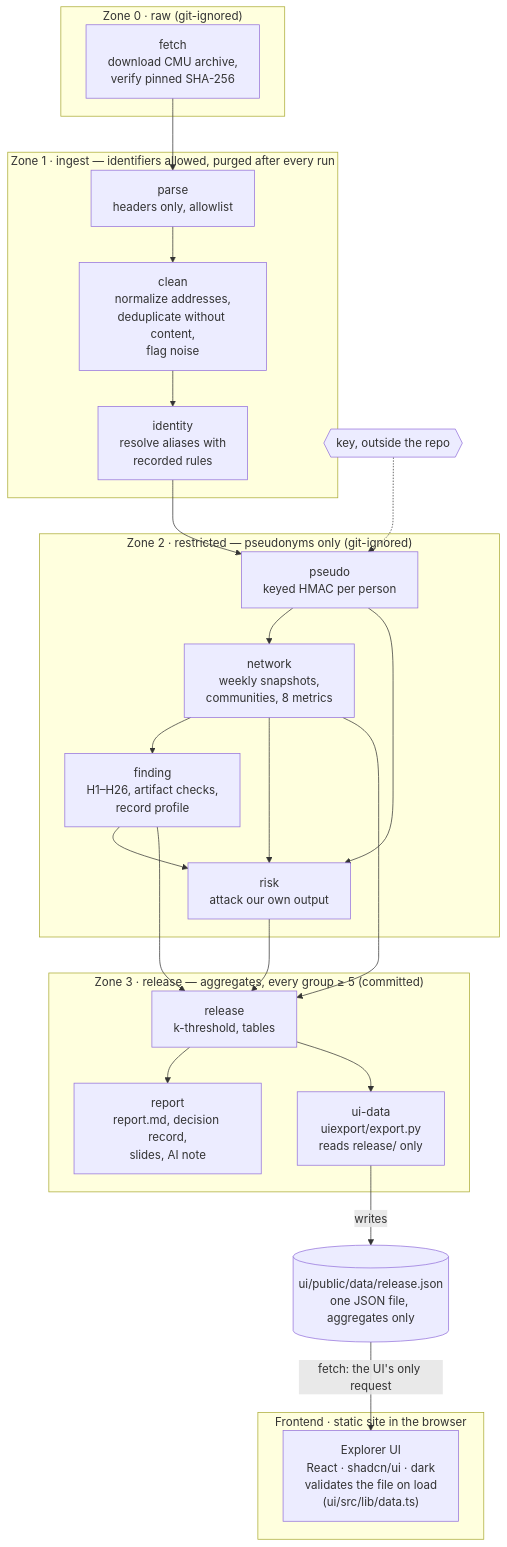
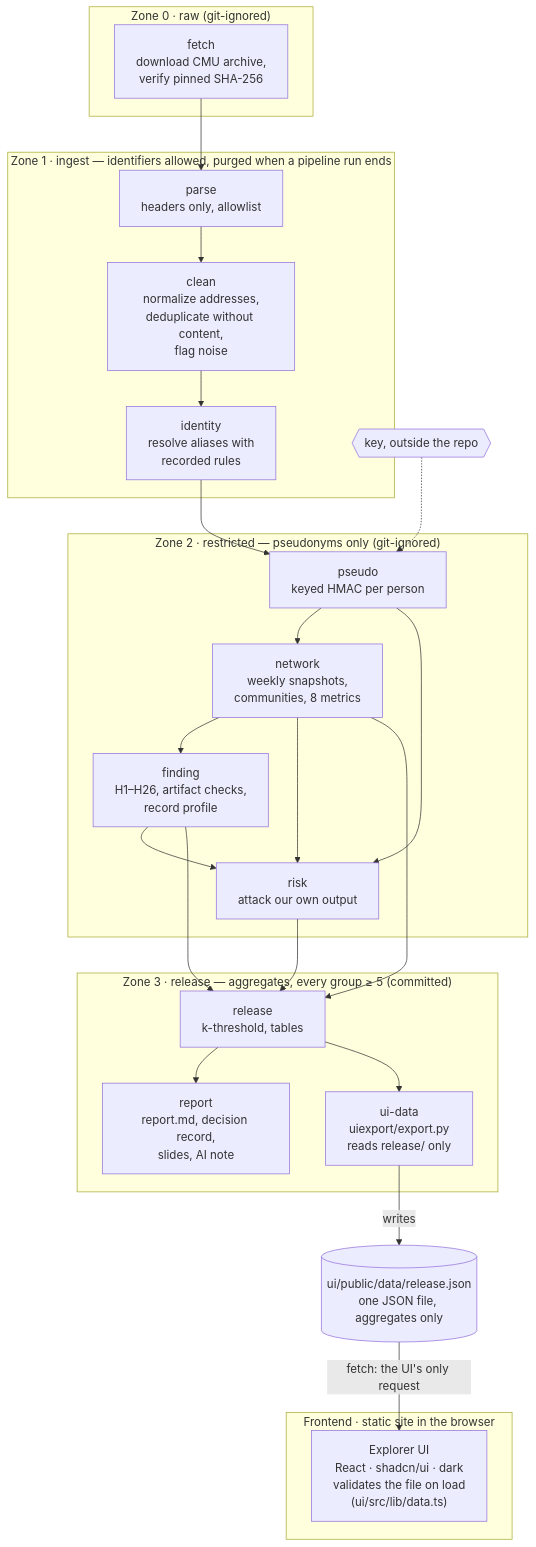
Before and after one commit to marcusvieira88/network-science: the second of 8 diagrams in docs/technical-overview.md, drawn with Mermaid. The commit also changed other lines of this file and 2 other files, not shown here.

````diff
--- a/docs/technical-overview.md
+++ b/docs/technical-overview.md
@@ -184,41 +184,41 @@
 ```mermaid
 flowchart TB
     subgraph Z0["Zone 0 · raw (git-ignored)"]
         DL["fetch<br/>download CMU archive,<br/>verify pinned SHA-256"]
     end
-    subgraph Z1["Zone 1 · ingest — identifiers allowed, purged after every run"]
+    subgraph Z1["Zone 1 · ingest — identifiers allowed, purged when a pipeline run ends"]
         P["parse<br/>headers only, allowlist"]
         C["clean<br/>normalize addresses,<br/>deduplicate without content,<br/>flag noise"]
         I["identity<br/>resolve aliases with<br/>recorded rules"]
     end
     subgraph Z2["Zone 2 · restricted — pseudonyms only (git-ignored)"]
         PS["pseudo<br/>keyed HMAC per person"]
         N["network<br/>weekly snapshots,<br/>communities, 8 metrics"]
         F["finding<br/>H1–H26, artifact checks,<br/>record profile"]
         RK["risk<br/>attack our own output"]
     end
     subgraph Z3["Zone 3 · release — aggregates, every group ≥ 5 (committed)"]
         RL["release<br/>k-threshold, tables"]
         RP["report<br/>report.md, decision record,<br/>slides, AI note"]
         UX["ui-data<br/>uiexport/export.py<br/>reads release/ only"]
     end
     J[("ui/public/data/release.json<br/>one JSON file, aggregates only")]
     subgraph FE["Frontend · static site in the browser"]
         UI["Explorer UI<br/>React · shadcn/ui · dark<br/>validates the file on load<br/>(ui/src/lib/data.ts)"]
     end
     KEY{{"key, outside the repo"}}
 
     DL --> P --> C --> I --> PS
     KEY -.-> PS
     PS --> N --> F
     PS --> RK
     N --> RK
     F --> RK
     N --> RL
     F --> RL
     RK --> RL
     RL --> RP
     RL --> UX
     UX -->|writes| J
     J -->|"fetch: the UI's only request"| UI
 ```
````
